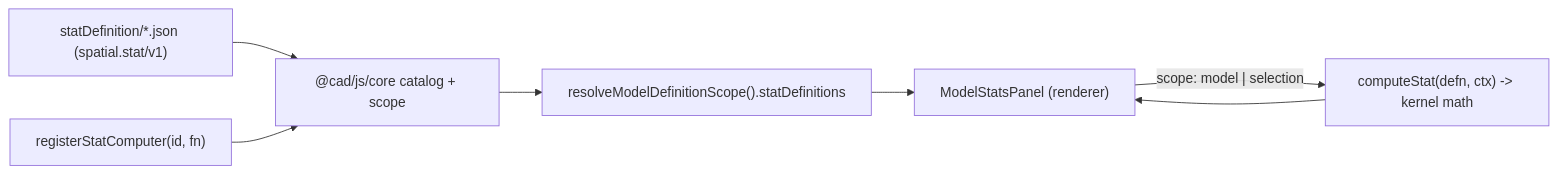
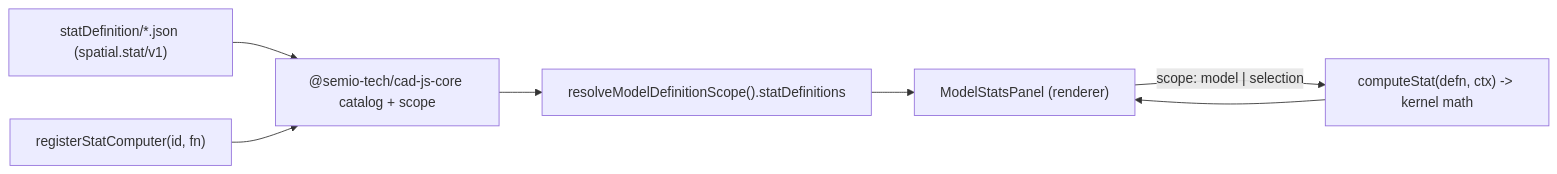
One commit to usalu/semio changed the diagram in .cursor/plans/cad_live_model_stats_9f38cfe1.plan.md. Above: the diagram before and after it, drawn with Mermaid. The commit also changed other lines of this file and 1282 other files, not shown here.

````diff
--- a/.cursor/plans/cad_live_model_stats_9f38cfe1.plan.md
+++ b/.cursor/plans/cad_live_model_stats_9f38cfe1.plan.md
@@ -37,9 +37,9 @@
 ```mermaid
 flowchart LR
-  asset["statDefinition/*.json (spatial.stat/v1)"] --> core["@cad/js/core catalog + scope"]
+  asset["statDefinition/*.json (spatial.stat/v1)"] --> core["@semio-tech/cad-js-core catalog + scope"]
   computer["registerStatComputer(id, fn)"] --> core
   core --> scope["resolveModelDefinitionScope().statDefinitions"]
   scope --> panel["ModelStatsPanel (renderer)"]
   panel -->|"scope: model | selection"| compute["computeStat(defn, ctx) -> kernel math"]
   compute --> panel
 ```
````
